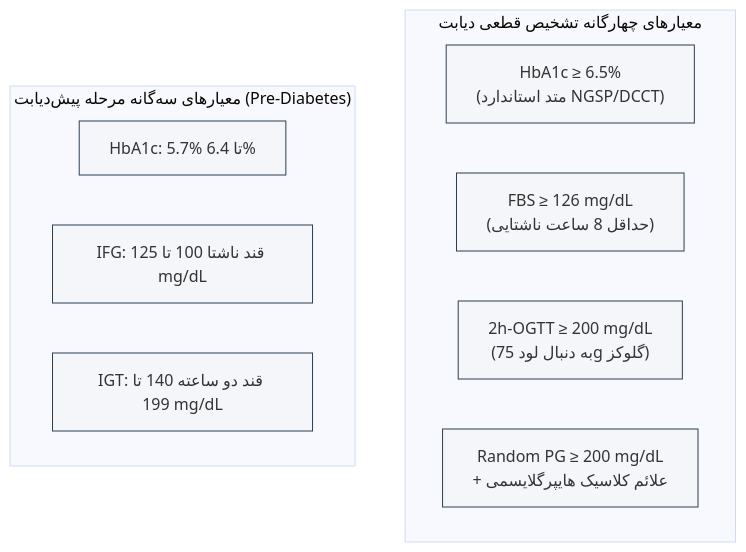
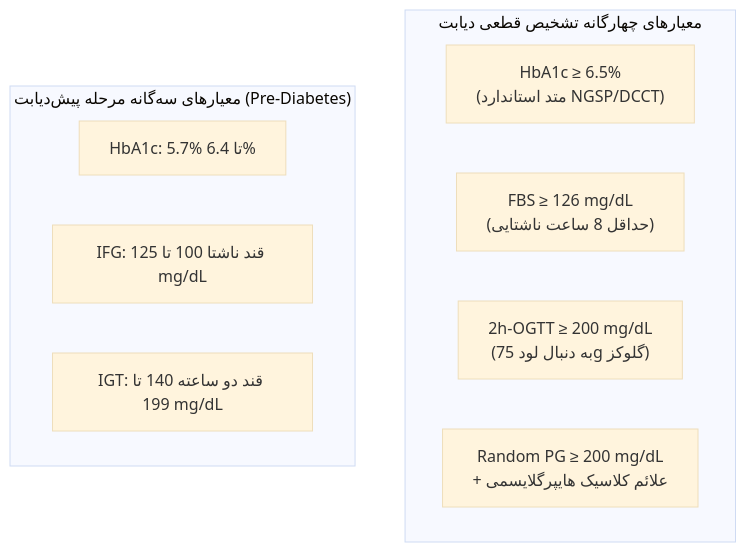
Before and after one commit to neopulse-hub/TUMS-1396-1-material-notes: the fifth of 15 diagrams in 7/مبانی غدد/دیابت.md, drawn with Mermaid (base theme). The commit also changed other lines of this file, not shown here.

````diff
--- a/7/مبانی غدد/دیابت.md
+++ b/7/مبانی غدد/دیابت.md
@@ -248,18 +242,16 @@
 ```mermaid
 flowchart TD
     subgraph DiagDM["معیارهای چهارگانه تشخیص قطعی دیابت"]
         C1["HbA1c ≥ 6.5%<br>(متد استاندارد NGSP/DCCT)"]
         C2["FBS ≥ 126 mg/dL<br>(حداقل 8 ساعت ناشتایی)"]
         C3["2h-OGTT ≥ 200 mg/dL<br>(به دنبال لود 75g گلوکز)"]
         C4["Random PG ≥ 200 mg/dL<br>+ علائم کلاسیک هایپرگلایسمی"]
     end
     
     subgraph PreDM["معیارهای سه‌گانه مرحله پیش‌دیابت (Pre-Diabetes)"]
         P1["HbA1c: 5.7% تا 6.4%"]
         P2["IFG: قند ناشتا 100 تا 125 mg/dL"]
         P3["IGT: قند دو ساعته 140 تا 199 mg/dL"]
     end
     
-    classDef box fill:#f4f6f9,stroke:#2c3e50,stroke-width:1px;
-    class C1,C2,C3,C4,P1,P2,P3 box;
 ```
````
